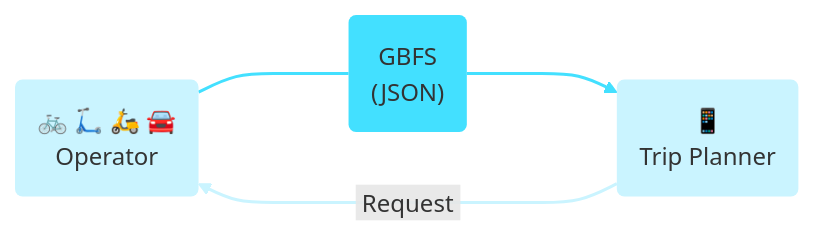
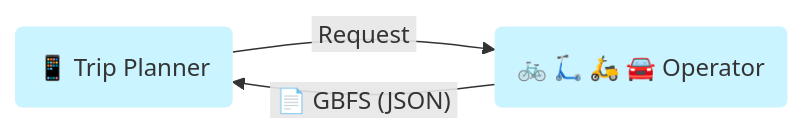
Before and after one commit to MobilityData/gbfs.org: the first of 4 diagrams in docs/en/get-started.md, drawn with Mermaid. The commit also changed other lines of this file, not shown here.

````diff
--- a/docs/en/get-started.md
+++ b/docs/en/get-started.md
@@ -25,20 +25,9 @@
 ```mermaid
 graph LR
-  classDef white fill:#ffffff,stroke:#000000,stroke-width:1px;
-  classDef gbfs fill:#43E0FF,stroke:#000000,stroke-width:0px;
-  classDef gbfs35 fill:#CAF4FF,stroke:#000000,stroke-width:0px;
+  classDef blue fill:#CAF4FF,stroke-width:0px;
 
-  A(🚲 🛴 🛵 🚘
-  Operator) ---- B("GBFS
-  (JSON)");
-  B ---> C(📱
-  Trip Planner);
-  C -->|&nbsp;Request&nbsp;| A;
+  A(📱 Trip Planner) -->|&nbsp;Request&nbsp;| B(🚲 🛴 🛵 🚘 Operator);
+  B -->|"&nbsp;📄 GBFS (JSON)&nbsp;"| A;
 
-  class A,C gbfs35
-  class B gbfs
-
-  linkStyle 0 stroke:#43E0FF,stroke-width:2px
-  linkStyle 1 stroke:#43E0FF,stroke-width:2px
-  linkStyle 2 stroke:#CAF4FF,stroke-width:2px
+  class A,B blue
 ```
````
